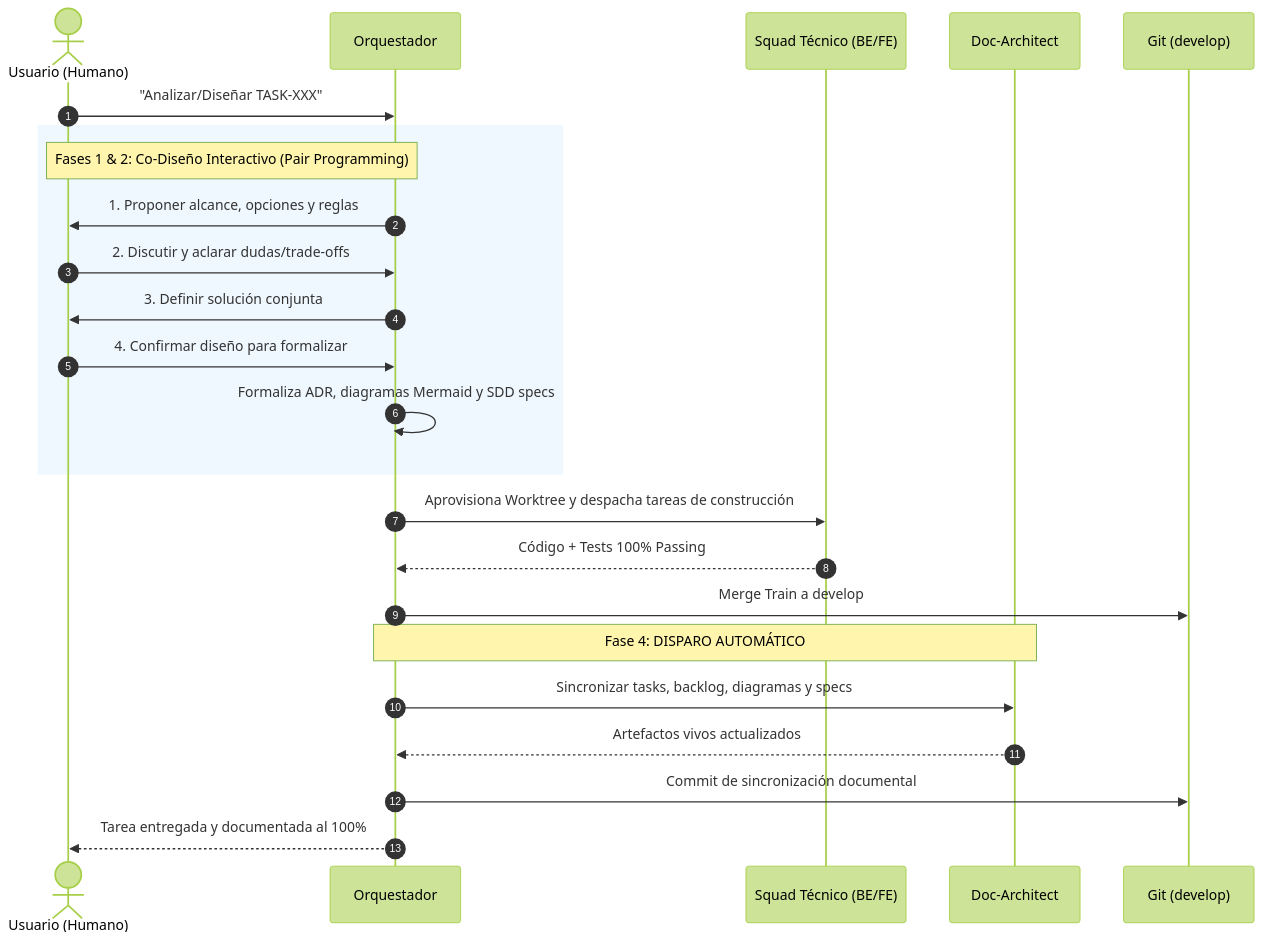
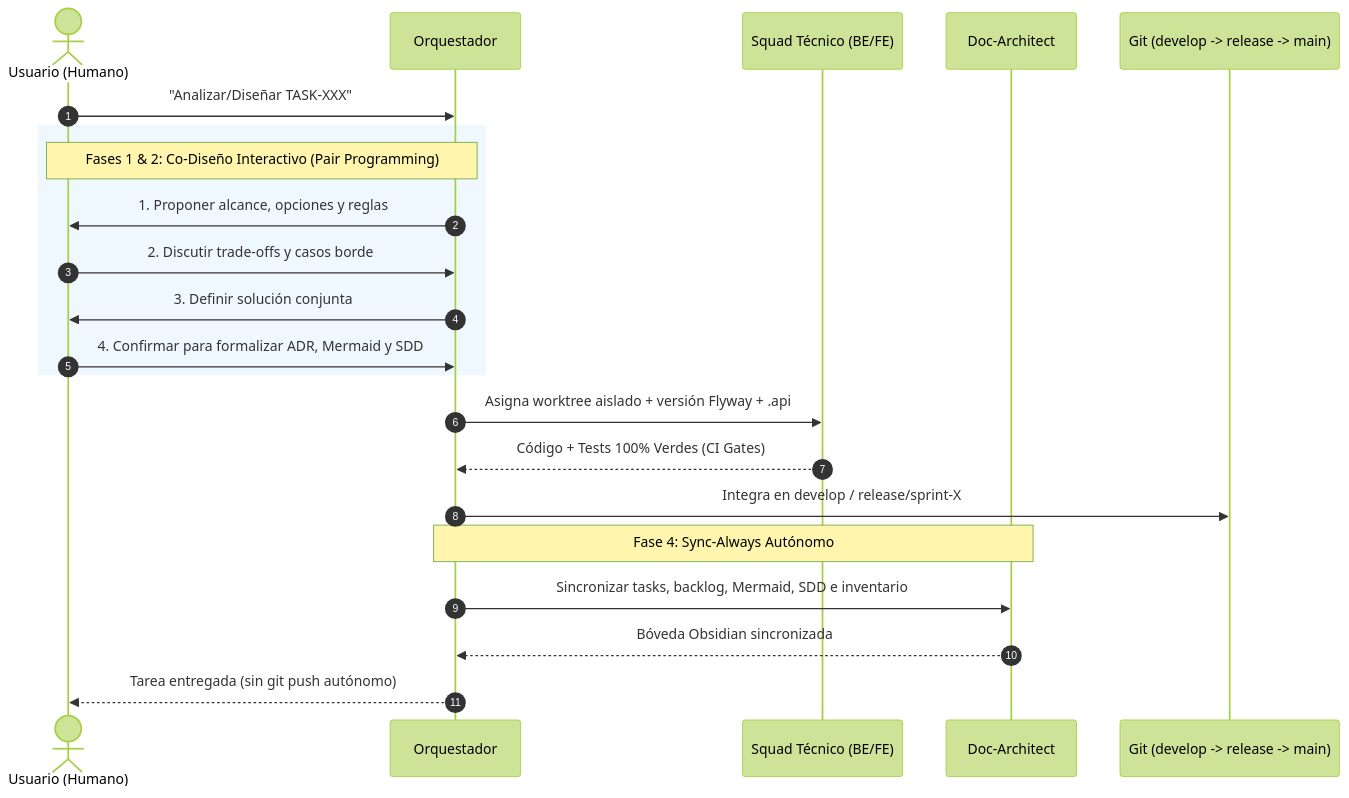
Before and after one commit to vakajose/gestion-restaurante: the second of 2 diagrams in .agents/rules/multi-agent-squad-protocol.md, drawn with Mermaid (forest theme). The commit also changed other lines of this file and 156 other files, not shown here.

First line of the commit message:
docs(sdd,obsidian,manuals,qa): complete TASK-613 documentation audit, client guides, ADR-0030..0033 and backlog sync

````diff
--- a/.agents/rules/multi-agent-squad-protocol.md
+++ b/.agents/rules/multi-agent-squad-protocol.md
@@ -97,27 +81,25 @@
 ```mermaid
 sequenceDiagram
     autonumber
     actor User as Usuario (Humano)
     participant Master as Orquestador
     participant Tech as Squad Técnico (BE/FE)
     participant Doc as Doc-Architect
-    participant Git as Git (develop)
+    participant Git as Git (develop -> release -> main)
 
     User->>Master: "Analizar/Diseñar TASK-XXX"
     rect rgb(240, 248, 255)
         Note over User,Master: Fases 1 & 2: Co-Diseño Interactivo (Pair Programming)
         Master->>User: 1. Proponer alcance, opciones y reglas
-        User->>Master: 2. Discutir y aclarar dudas/trade-offs
+        User->>Master: 2. Discutir trade-offs y casos borde
         Master->>User: 3. Definir solución conjunta
-        User->>Master: 4. Confirmar diseño para formalizar
-        Master->>Master: Formaliza ADR, diagramas Mermaid y SDD specs
+        User->>Master: 4. Confirmar para formalizar ADR, Mermaid y SDD
     end
-    Master->>Tech: Aprovisiona Worktree y despacha tareas de construcción
-    Tech-->>Master: Código + Tests 100% Passing
-    Master->>Git: Merge Train a develop
-    Note over Master,Doc: Fase 4: DISPARO AUTOMÁTICO
-    Master->>Doc: Sincronizar tasks, backlog, diagramas y specs
-    Doc-->>Master: Artefactos vivos actualizados
-    Master->>Git: Commit de sincronización documental
-    Master-->>User: Tarea entregada y documentada al 100%
+    Master->>Tech: Asigna worktree aislado + versión Flyway + .api
+    Tech-->>Master: Código + Tests 100% Verdes (CI Gates)
+    Master->>Git: Integra en develop / release/sprint-X
+    Note over Master,Doc: Fase 4: Sync-Always Autónomo
+    Master->>Doc: Sincronizar tasks, backlog, Mermaid, SDD e inventario
+    Doc-->>Master: Bóveda Obsidian sincronizada
+    Master-->>User: Tarea entregada (sin git push autónomo)
 ```
````
